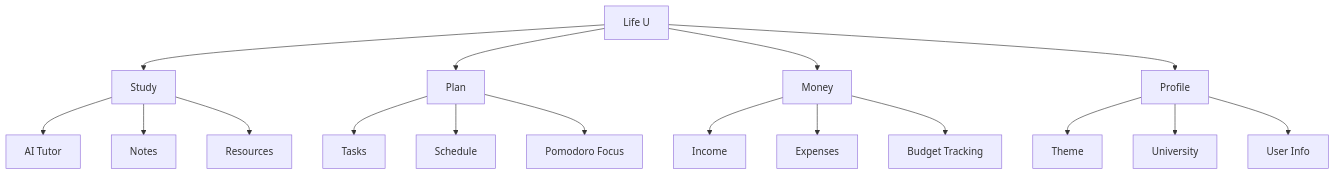
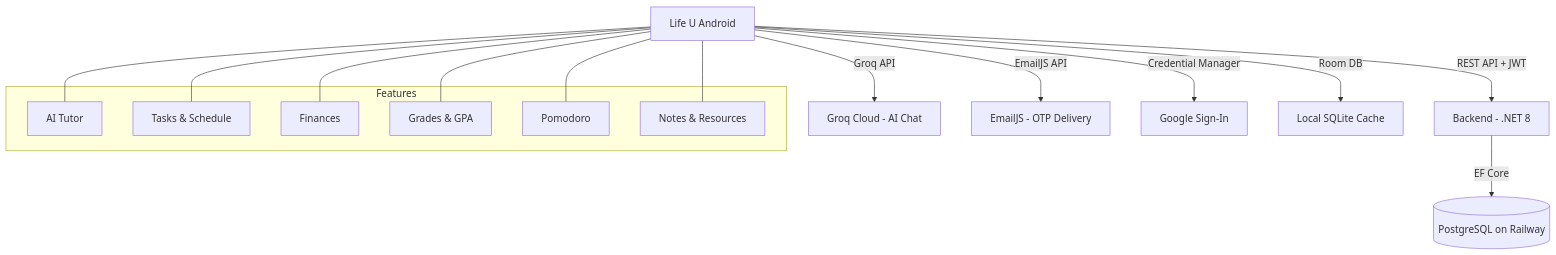
The diagram in README.md (Adham14266/Life_U), drawn with Mermaid before and after one commit. The commit also changed other lines of this file, not shown here.

Commit message:
docs: update README with Google Sign-In, OTP, persistence, Railway backend

````diff
--- a/README.md
+++ b/README.md
@@ -32,23 +37,25 @@
 ```mermaid
 flowchart TB
-    A[Life U] --> B[Study]
-    A --> C[Plan]
-    A --> D[Money]
-    A --> E[Profile]
+    A[Life U Android] -->|REST API + JWT| B[Backend - .NET 8]
+    B -->|EF Core| C[(PostgreSQL on Railway)]
+    A -->|Groq API| D[Groq Cloud - AI Chat]
+    A -->|EmailJS API| E[EmailJS - OTP Delivery]
+    A -->|Credential Manager| F[Google Sign-In]
+    A -->|Room DB| G[Local SQLite Cache]
 
-    B --> B1[AI Tutor]
-    B --> B2[Notes]
-    B --> B3[Resources]
+    subgraph "Features"
+        H[AI Tutor]
+        I[Tasks & Schedule]
+        J[Finances]
+        K[Grades & GPA]
+        L[Pomodoro]
+        M[Notes & Resources]
+    end
 
-    C --> C1[Tasks]
-    C --> C2[Schedule]
-    C --> C3[Pomodoro Focus]
-
-    D --> D1[Income]
-    D --> D2[Expenses]
-    D --> D3[Budget Tracking]
-
-    E --> E1[Theme]
-    E --> E2[University]
-    E --> E3[User Info]
+    A --- H
+    A --- I
+    A --- J
+    A --- K
+    A --- L
+    A --- M
 ```
````
